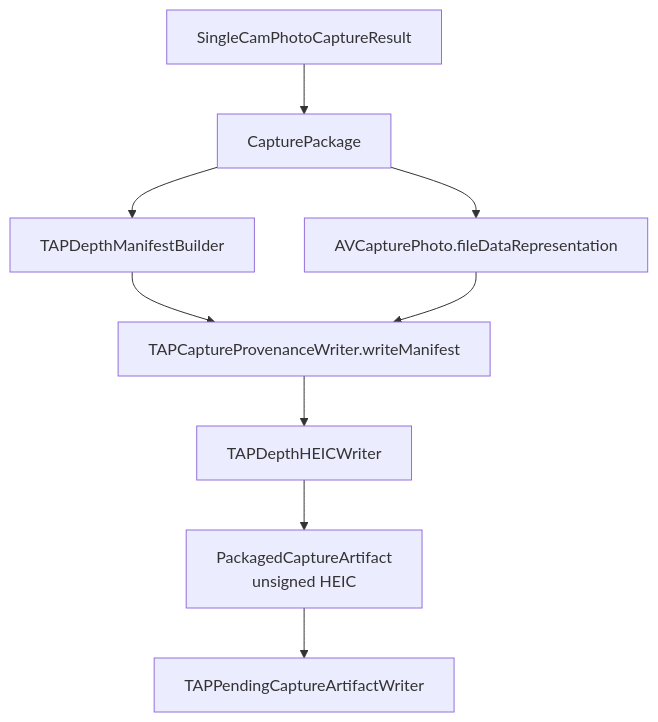
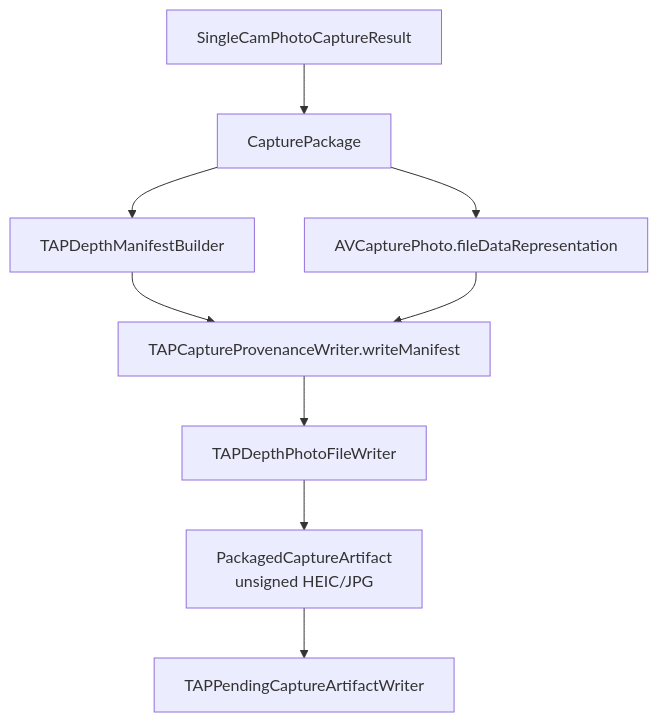
Before and after one commit to TAP-NAP/TAPCamDemo: the first of 2 diagrams in TAPCamDemo/CameraCapture/Output/README.md, drawn with Mermaid. The commit also changed other lines of this file and 75 other files, not shown here.

Commit message:
Refine capture and diagnostics flow

````diff
--- a/TAPCamDemo/CameraCapture/Output/README.md
+++ b/TAPCamDemo/CameraCapture/Output/README.md
@@ -35,17 +35,17 @@
 ```mermaid
 flowchart TD
     Result["SingleCamPhotoCaptureResult"] --> Package["CapturePackage"]
     Package --> Manifest["TAPDepthManifestBuilder"]
-    Package --> BaseHEIC["AVCapturePhoto.fileDataRepresentation"]
+    Package --> BasePhoto["AVCapturePhoto.fileDataRepresentation"]
     Manifest --> Provenance["TAPCaptureProvenanceWriter.writeManifest"]
-    BaseHEIC --> Provenance
-    Provenance --> Writer["TAPDepthHEICWriter"]
-    Writer --> Artifact["PackagedCaptureArtifact\nunsigned HEIC"]
+    BasePhoto --> Provenance
+    Provenance --> Writer["TAPDepthPhotoFileWriter"]
+    Writer --> Artifact["PackagedCaptureArtifact\nunsigned HEIC/JPG"]
     Artifact --> Pending["TAPPendingCaptureArtifactWriter"]
 
     click Package "CapturePackage.swift"
     click Manifest "TAPDepthManifestBuilder.swift"
     click Provenance "TAPCaptureProvenanceWriter.swift"
     click Writer "TAPDepthHEICWriter.swift"
     click Pending "../../TAPLibrary/TAPPendingCaptureStore.swift"
 ```
````
